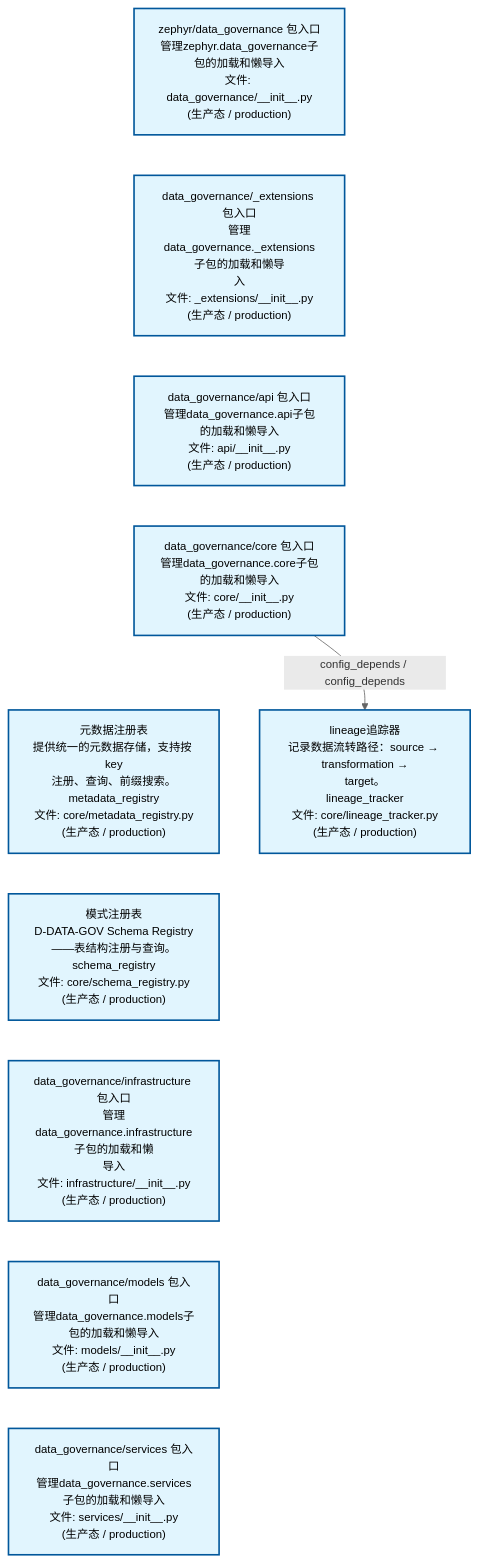
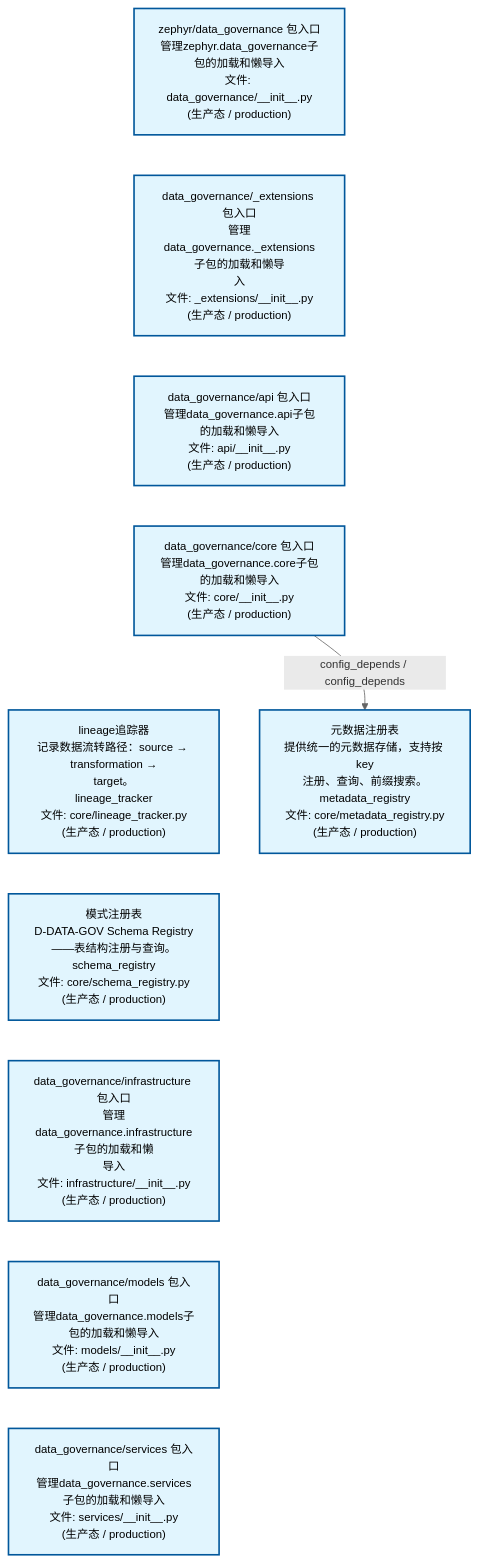
One commit to xuanFelixVan/ZephyrAlpha changed the first of 2 diagrams in docs/02_enterprise_architecture/02_domain_architecture_docs/13_d_data_gov.md. Above: the diagram before and after it, drawn with Mermaid. The commit also changed other lines of this file and 40 other files, not shown here.

````diff
--- a/docs/02_enterprise_architecture/02_domain_architecture_docs/13_d_data_gov.md
+++ b/docs/02_enterprise_architecture/02_domain_architecture_docs/13_d_data_gov.md
@@ -53,28 +53,28 @@
 ```mermaid
 %%{init: {'theme': 'base', 'themeVariables': {'primaryColor': '#eaeaea', 'primaryTextColor': '#333333', 'primaryBorderColor': '#666666', 'lineColor': '#666666', 'secondaryColor': '#eaeaea', 'tertiaryColor': '#eaeaea', 'fontSize': '14px'}}}%%
 flowchart TD
     src_zephyr_data_governance_init_py["zephyr/data_governance 包入口<br/>管理zephyr.data_governance子包的加载和懒导入<br/>文件: data_governance/__init__.py<br/>(生产态 / production)"]
     src_zephyr_data_governance_extensions_init_py["data_governance/_extensions 包入口<br/>管理data_governance._extensions子包的加载和懒导<br/>入<br/>文件: _extensions/__init__.py<br/>(生产态 / production)"]
     src_zephyr_data_governance_api_init_py["data_governance/api 包入口<br/>管理data_governance.api子包的加载和懒导入<br/>文件: api/__init__.py<br/>(生产态 / production)"]
     src_zephyr_data_governance_core_init_py["data_governance/core 包入口<br/>管理data_governance.core子包的加载和懒导入<br/>文件: core/__init__.py<br/>(生产态 / production)"]
-    src_zephyr_data_governance_core_metadata_registry_py["元数据注册表<br/>提供统一的元数据存储，支持按 key<br/>注册、查询、前缀搜索。<br/>metadata_registry<br/>文件: core/metadata_registry.py<br/>(生产态 / production)"]
+    src_zephyr_data_governance_core_lineage_tracker_py["lineage追踪器<br/>记录数据流转路径：source → transformation →<br/>target。<br/>lineage_tracker<br/>文件: core/lineage_tracker.py<br/>(生产态 / production)"]
     src_zephyr_data_governance_core_schema_registry_py["模式注册表<br/>D-DATA-GOV Schema Registry——表结构注册与查询。<br/>schema_registry<br/>文件: core/schema_registry.py<br/>(生产态 / production)"]
     src_zephyr_data_governance_infrastructure_init_py["data_governance/infrastructure 包入口<br/>管理data_governance.infrastructure子包的加载和懒<br/>导入<br/>文件: infrastructure/__init__.py<br/>(生产态 / production)"]
     src_zephyr_data_governance_models_init_py["data_governance/models 包入口<br/>管理data_governance.models子包的加载和懒导入<br/>文件: models/__init__.py<br/>(生产态 / production)"]
     src_zephyr_data_governance_services_init_py["data_governance/services 包入口<br/>管理data_governance.services子包的加载和懒导入<br/>文件: services/__init__.py<br/>(生产态 / production)"]
     src_zephyr_data_governance_init_py ~~~ src_zephyr_data_governance_extensions_init_py
     src_zephyr_data_governance_extensions_init_py ~~~ src_zephyr_data_governance_api_init_py
     src_zephyr_data_governance_api_init_py ~~~ src_zephyr_data_governance_core_init_py
-    src_zephyr_data_governance_core_init_py ~~~ src_zephyr_data_governance_core_metadata_registry_py
-    src_zephyr_data_governance_core_metadata_registry_py ~~~ src_zephyr_data_governance_core_schema_registry_py
+    src_zephyr_data_governance_core_init_py ~~~ src_zephyr_data_governance_core_lineage_tracker_py
+    src_zephyr_data_governance_core_lineage_tracker_py ~~~ src_zephyr_data_governance_core_schema_registry_py
     src_zephyr_data_governance_core_schema_registry_py ~~~ src_zephyr_data_governance_infrastructure_init_py
     src_zephyr_data_governance_infrastructure_init_py ~~~ src_zephyr_data_governance_models_init_py
     src_zephyr_data_governance_models_init_py ~~~ src_zephyr_data_governance_services_init_py
-    src_zephyr_data_governance_core_lineage_tracker_py["lineage追踪器<br/>记录数据流转路径：source → transformation →<br/>target。<br/>lineage_tracker<br/>文件: core/lineage_tracker.py<br/>(生产态 / production)"]
-    src_zephyr_data_governance_core_init_py -->|config_depends / config_depends| src_zephyr_data_governance_core_lineage_tracker_py
+    src_zephyr_data_governance_core_metadata_registry_py["元数据注册表<br/>提供统一的元数据存储，支持按 key<br/>注册、查询、前缀搜索。<br/>metadata_registry<br/>文件: core/metadata_registry.py<br/>(生产态 / production)"]
+    src_zephyr_data_governance_core_init_py -->|config_depends / config_depends| src_zephyr_data_governance_core_metadata_registry_py
     classDef production fill:#e1f5fe,stroke:#01579b,stroke-width:2px,color:#000
     classDef design fill:#fff3e0,stroke:#e65100,stroke-width:2px,color:#000,stroke-dasharray: 5 5
     classDef external_prod fill:#e8f4fd,stroke:#0277bd,stroke-width:1px,color:#000
     classDef external_design fill:#fff8e7,stroke:#ef6c00,stroke-width:1px,color:#000,stroke-dasharray: 5 5
     class src_zephyr_data_governance_init_py,src_zephyr_data_governance_extensions_init_py,src_zephyr_data_governance_api_init_py,src_zephyr_data_governance_core_init_py,src_zephyr_data_governance_core_lineage_tracker_py,src_zephyr_data_governance_core_metadata_registry_py,src_zephyr_data_governance_core_schema_registry_py,src_zephyr_data_governance_infrastructure_init_py,src_zephyr_data_governance_models_init_py,src_zephyr_data_governance_services_init_py production
 ```
````
